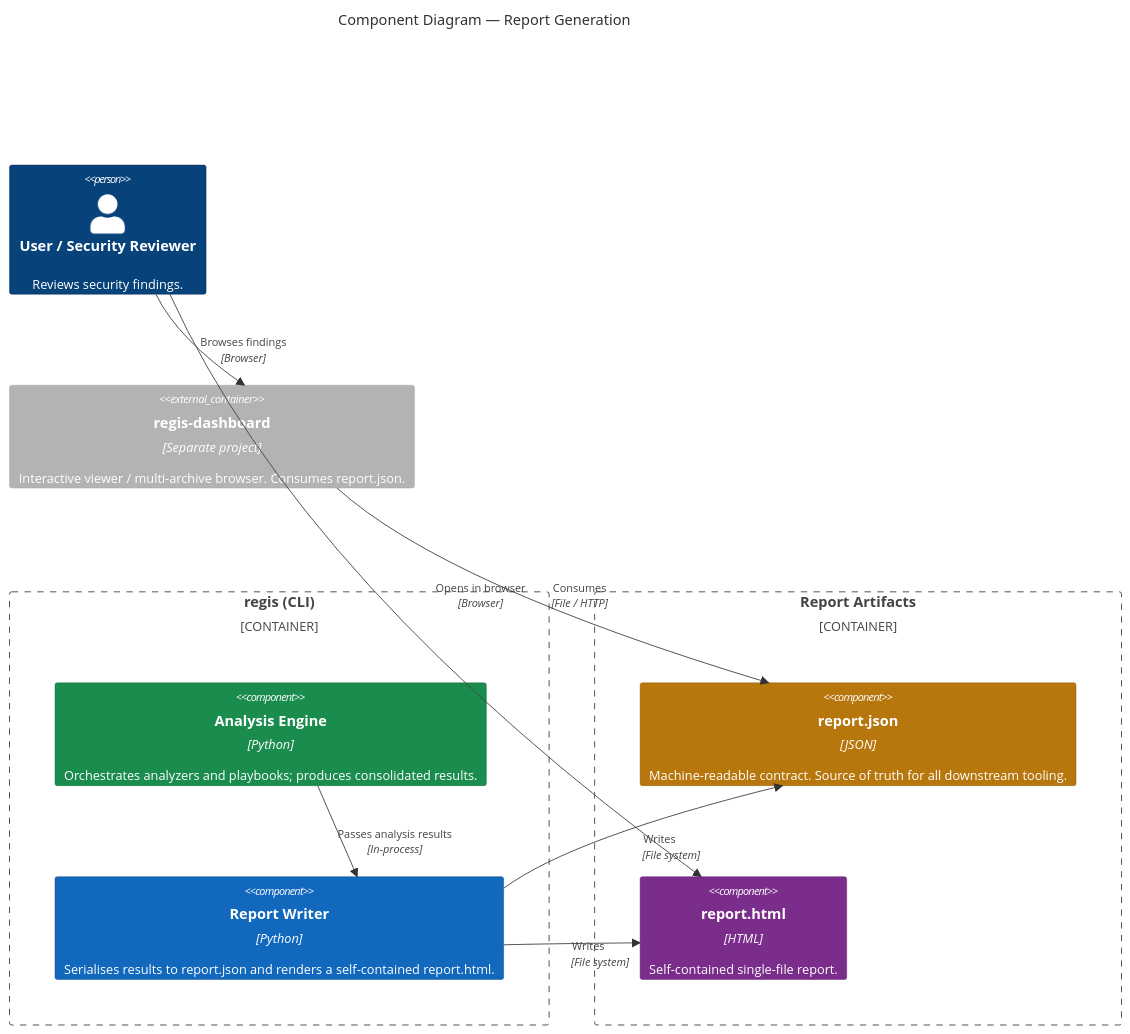
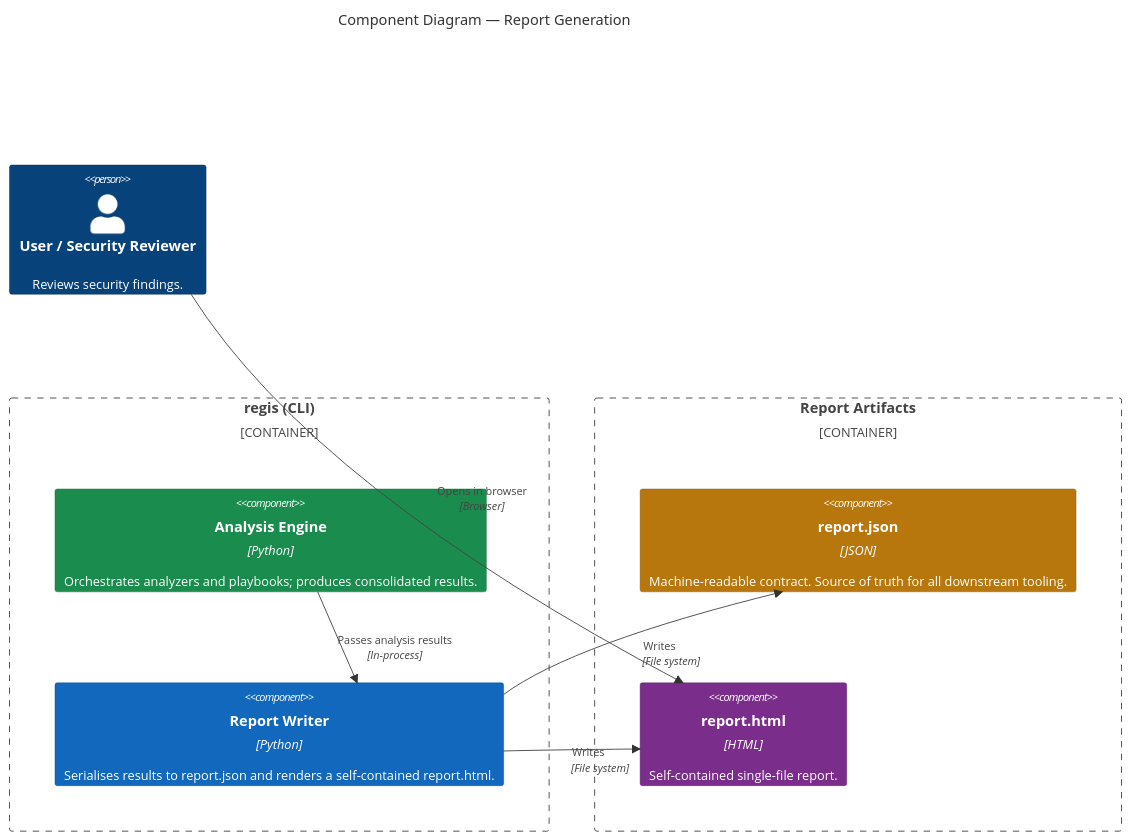
Before and after one commit to trivoallan/regis: the diagram in docs/website/docs/concepts/reports.md, drawn with Mermaid. The commit also changed other lines of this file and 24 other files, not shown here.

First line of the commit message:
feat(cli)!: remove the report archive feature (#650)

````diff
--- a/docs/website/docs/concepts/reports.md
+++ b/docs/website/docs/concepts/reports.md
@@ -22,32 +20,28 @@
 ```mermaid
 C4Component
     title Component Diagram — Report Generation
 
     Person(user, "User / Security Reviewer", "Reviews security findings.")
 
     Container_Boundary(cli_boundary, "regis (CLI)") {
         Component(engine, "Analysis Engine", "Python", "Orchestrates analyzers and playbooks; produces consolidated results.")
         Component(reporter, "Report Writer", "Python", "Serialises results to report.json and renders a self-contained report.html.")
     }
 
     Container_Boundary(artifact_boundary, "Report Artifacts") {
         Component(json_data, "report.json", "JSON", "Machine-readable contract. Source of truth for all downstream tooling.")
         Component(html_file, "report.html", "HTML", "Self-contained single-file report.")
     }
 
-    Container_Ext(dashboard, "regis-dashboard", "Separate project", "Interactive viewer / multi-archive browser. Consumes report.json.")
-
     Rel(engine, reporter, "Passes analysis results", "In-process")
     Rel(reporter, json_data, "Writes", "File system")
     Rel(reporter, html_file, "Writes", "File system")
     Rel(user, html_file, "Opens in browser", "Browser")
-    Rel(dashboard, json_data, "Consumes", "File / HTTP")
-    Rel(user, dashboard, "Browses findings", "Browser")
 
     UpdateElementStyle(user, $fontColor="white", $bgColor="#08427B", $borderColor="#052E56")
     UpdateElementStyle(engine, $fontColor="white", $bgColor="#1A8C4E", $borderColor="#136B3B")
     UpdateElementStyle(reporter, $fontColor="white", $bgColor="#1168BD", $borderColor="#0B4A87")
     UpdateElementStyle(json_data, $fontColor="white", $bgColor="#B7770D", $borderColor="#8C5B0A")
     UpdateElementStyle(html_file, $fontColor="white", $bgColor="#7B2D8B", $borderColor="#5C2168")
     UpdateLayoutConfig($c4ShapeInRow="2", $c4BoundaryInRow="2")
 ```
````
